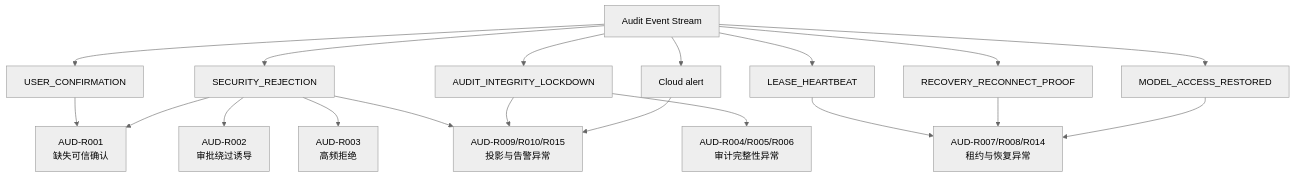
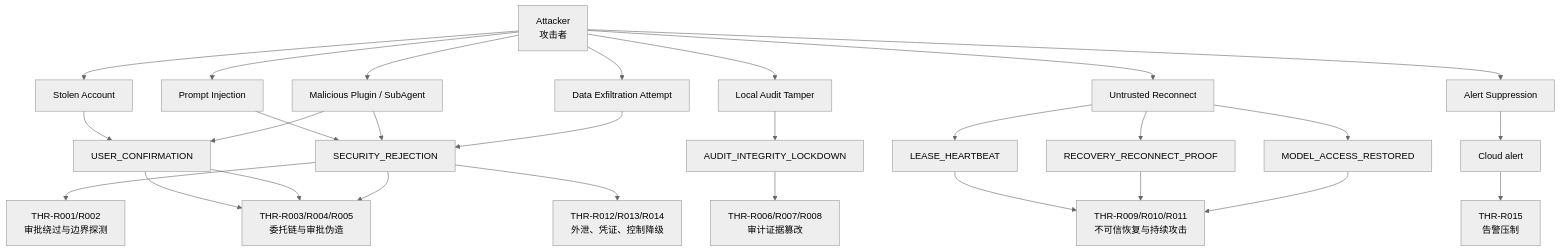
One commit to derekhu0002/QwenPaw changed the eighth of 8 diagrams in design/audit-ontology-model.md. Above: the diagram before and after it, drawn with Mermaid (neutral theme). The commit also changed other lines of this file, not shown here.

````diff
--- a/design/audit-ontology-model.md
+++ b/design/audit-ontology-model.md
@@ -524,38 +524,45 @@
 ```mermaid
 flowchart TD
-    EventStream["Audit Event Stream"]
+    Attacker["Attacker<br/>攻击者"]
+    PromptInjection["Prompt Injection"]
+    StolenAccount["Stolen Account"]
+    MaliciousPlugin["Malicious Plugin / SubAgent"]
+    Tamper["Local Audit Tamper"]
+    UntrustedReconnect["Untrusted Reconnect"]
+    Exfiltration["Data Exfiltration Attempt"]
+    AlertSuppression["Alert Suppression"]
+
     Confirmation["USER_CONFIRMATION"]
     Rejection["SECURITY_REJECTION"]
     Lockdown["AUDIT_INTEGRITY_LOCKDOWN"]
     Heartbeat["LEASE_HEARTBEAT"]
     RecoveryProof["RECOVERY_RECONNECT_PROOF"]
     Restored["MODEL_ACCESS_RESTORED"]
     CloudAlert["Cloud alert"]
 
-    R1["AUD-R001<br/>缺失可信确认"]
-    R2["AUD-R002<br/>审批绕过诱导"]
-    R3["AUD-R003<br/>高频拒绝"]
-    R4["AUD-R004/R005/R006<br/>审计完整性异常"]
-    R5["AUD-R007/R008/R014<br/>租约与恢复异常"]
-    R6["AUD-R009/R010/R015<br/>投影与告警异常"]
+    T1["THR-R001/R002<br/>审批绕过与边界探测"]
+    T2["THR-R003/R004/R005<br/>委托链与审批伪造"]
+    T3["THR-R006/R007/R008<br/>审计证据篡改"]
+    T4["THR-R009/R010/R011<br/>不可信恢复与持续攻击"]
+    T5["THR-R012/R013/R014<br/>外泄、凭证、控制降级"]
+    T6["THR-R015<br/>告警压制"]
 
-    EventStream --> Confirmation
-    EventStream --> Rejection
-    EventStream --> Lockdown
-    EventStream --> Heartbeat
-    EventStream --> RecoveryProof
-    EventStream --> Restored
-    EventStream --> CloudAlert
+    Attacker --> PromptInjection
+    Attacker --> StolenAccount
+    Attacker --> MaliciousPlugin
+    Attacker --> Tamper
+    Attacker --> UntrustedReconnect
+    Attacker --> Exfiltration
+    Attacker --> AlertSuppression
 
-    Confirmation --> R1
-    Rejection --> R1
-    Rejection --> R2
-    Rejection --> R3
-    Lockdown --> R4
-    Heartbeat --> R5
-    RecoveryProof --> R5
-    Restored --> R5
-    Rejection --> R6
-    Lockdown --> R6
-    CloudAlert --> R6
+    PromptInjection --> Rejection --> T1
+    StolenAccount --> Confirmation --> T2
+    MaliciousPlugin --> Confirmation --> T2
+    MaliciousPlugin --> Rejection --> T2
+    Tamper --> Lockdown --> T3
+    UntrustedReconnect --> Heartbeat --> T4
+    UntrustedReconnect --> RecoveryProof --> T4
+    UntrustedReconnect --> Restored --> T4
+    Exfiltration --> Rejection --> T5
+    AlertSuppression --> CloudAlert --> T6
 ```
````
